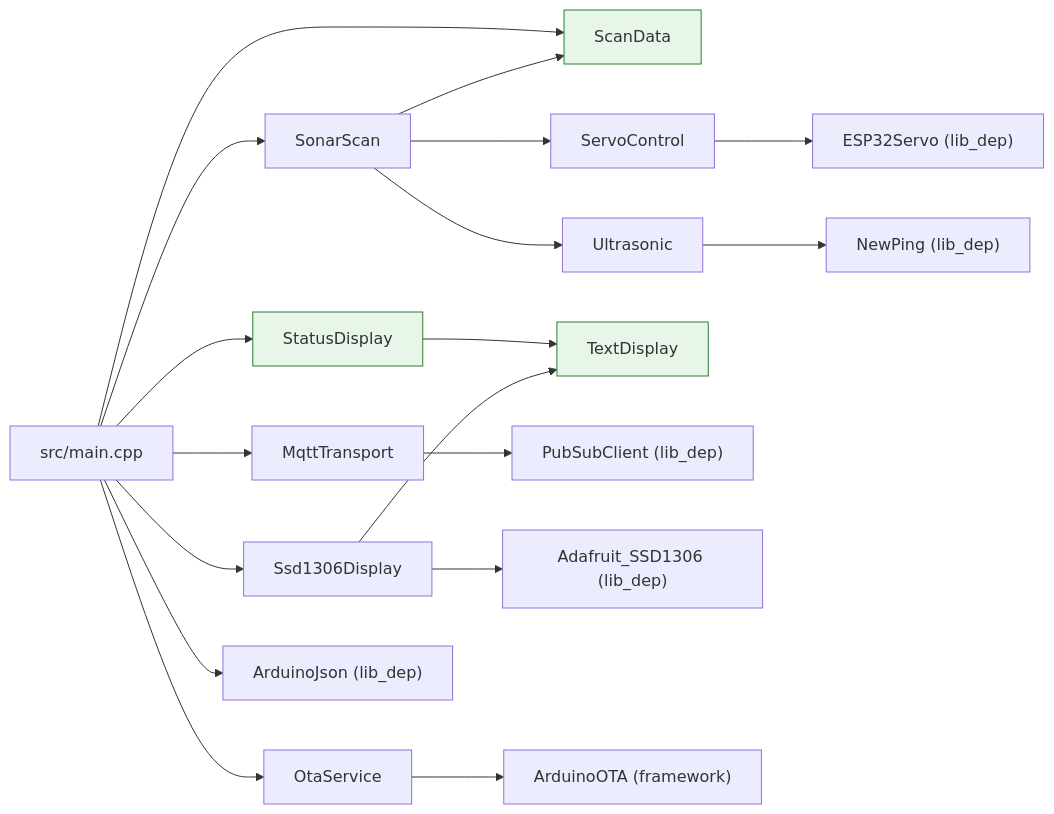
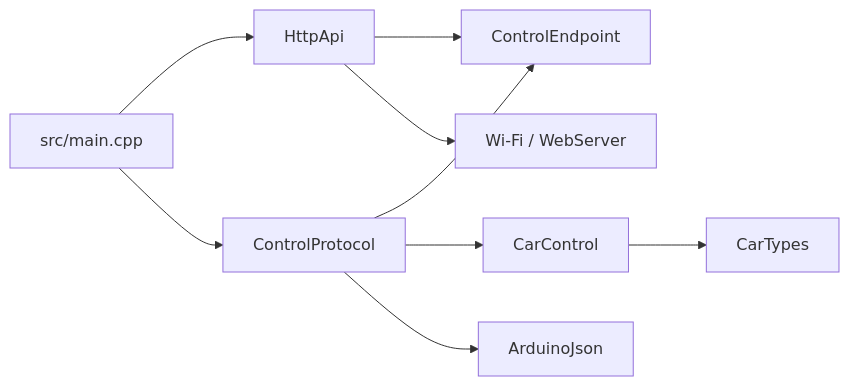
The diagram in docs/developer/modules.md (Elismar13/thushimas-car), drawn with Mermaid before and after one commit. The commit also changed other lines of this file and 26 other files, not shown here.

Commit message:
feat: add the control endpoint and safety core skeleton

````diff
--- a/docs/developer/modules.md
+++ b/docs/developer/modules.md
@@ -13,26 +10,11 @@
 ```mermaid
 graph LR
-    main["src/main.cpp"] --> mqtt["MqttTransport"]
-    main --> scan["SonarScan"]
-    main --> oled["Ssd1306Display"]
-    main --> disp["StatusDisplay"]
-    main --> sd["ScanData"]
-    main --> ota["OtaService"]
-
-    scan --> sd
-    scan --> servoc["ServoControl"]
-    scan --> us["Ultrasonic"]
-
-    disp --> txt["TextDisplay"]
-    oled --> txt
-
-    servoc --> ext1["ESP32Servo (lib_dep)"]
-    us --> ext2["NewPing (lib_dep)"]
-    mqtt --> ext3["PubSubClient (lib_dep)"]
-    main --> ext4["ArduinoJson (lib_dep)"]
-    oled --> ext5["Adafruit_SSD1306 (lib_dep)"]
-    ota --> ext6["ArduinoOTA (framework)"]
-
-    classDef pure fill:#e8f5e9,stroke:#2e7d32
-    class sd,disp,txt pure
+    main["src/main.cpp"] --> http["HttpApi"]
+    main --> protocol["ControlProtocol"]
+    http --> endpoint["ControlEndpoint"]
+    protocol --> endpoint
+    protocol --> core["CarControl"]
+    protocol --> json["ArduinoJson"]
+    core --> types["CarTypes"]
+    http --> wifi["Wi-Fi / WebServer"]
 ```
````
